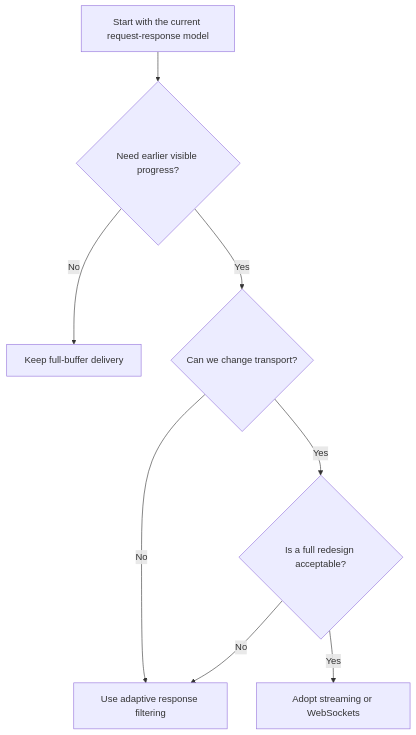
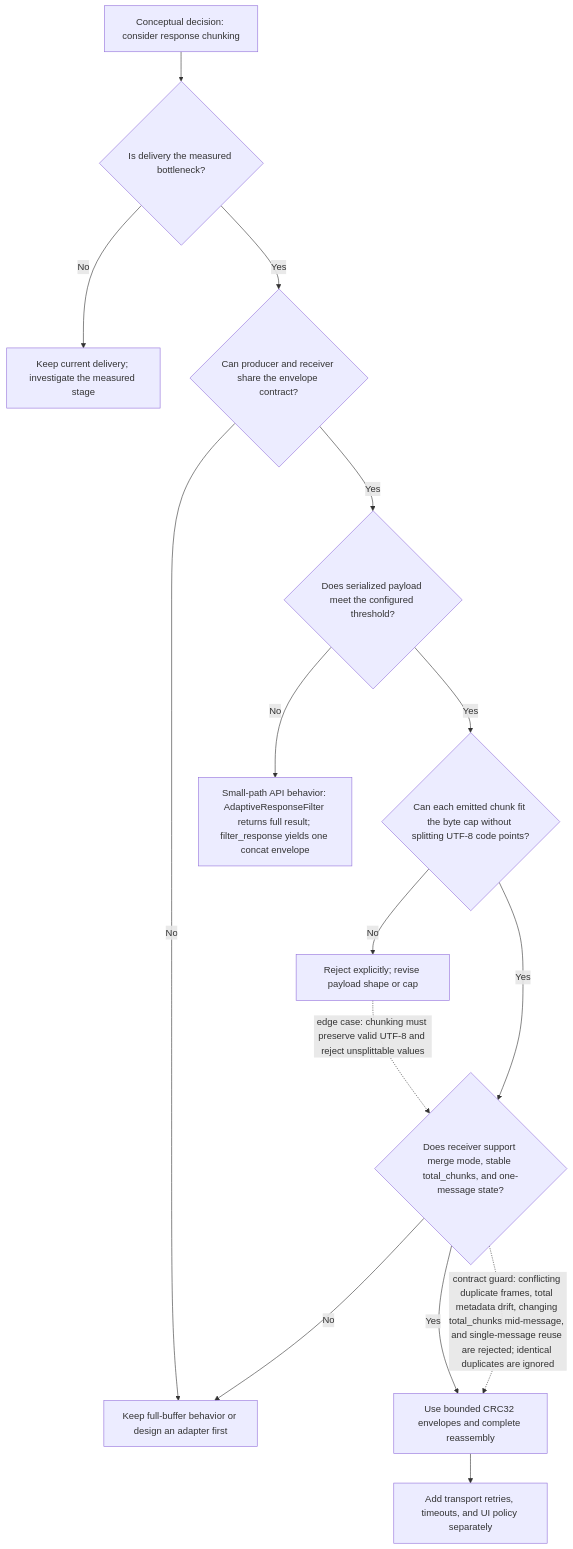
Before and after one commit to Hrithikesh-Computer/production-agentic-ai: the diagram in diagrams/adaptive-response-delivery/decision-tree.mmd, drawn with Mermaid. The commit also changed 32 other files, not shown here.

First line of the commit message:
Expand research content and adaptive response reference implementation

```diff
--- a/diagrams/adaptive-response-delivery/decision-tree.mmd
+++ b/diagrams/adaptive-response-delivery/decision-tree.mmd
@@ -1,8 +1,15 @@
 flowchart TD
-    A[Start with the current request-response model] --> B{Need earlier visible progress?}
-    B -->|No| C[Keep full-buffer delivery]
-    B -->|Yes| D{Can we change transport?}
-    D -->|No| E[Use adaptive response filtering]
-    D -->|Yes| F{Is a full redesign acceptable?}
-    F -->|No| E
-    F -->|Yes| G[Adopt streaming or WebSockets]
+    A[Conceptual decision: consider response chunking] --> B{Is delivery the measured bottleneck?}
+    B -->|No| C[Keep current delivery; investigate the measured stage]
+    B -->|Yes| D{Can producer and receiver share the envelope contract?}
+    D -->|No| E[Keep full-buffer behavior or design an adapter first]
+    D -->|Yes| F{Does serialized payload meet the configured threshold?}
+    F -->|No| G[Small-path API behavior: AdaptiveResponseFilter returns full result; filter_response yields one concat envelope]
+    F -->|Yes| H{Can each emitted chunk fit the byte cap without splitting UTF-8 code points?}
+    H -->|No| I[Reject explicitly; revise payload shape or cap]
+    H -->|Yes| J{Does receiver support merge mode, stable total_chunks, and one-message state?}
+    J -->|No| E
+    J -->|Yes| K[Use bounded CRC32 envelopes and complete reassembly]
+    K --> L[Add transport retries, timeouts, and UI policy separately]
+    I -. edge case: chunking must preserve valid UTF-8 and reject unsplittable values .-> J
+    J -. contract guard: conflicting duplicate frames, total metadata drift, changing total_chunks mid-message, and single-message reuse are rejected; identical duplicates are ignored .-> K
```
